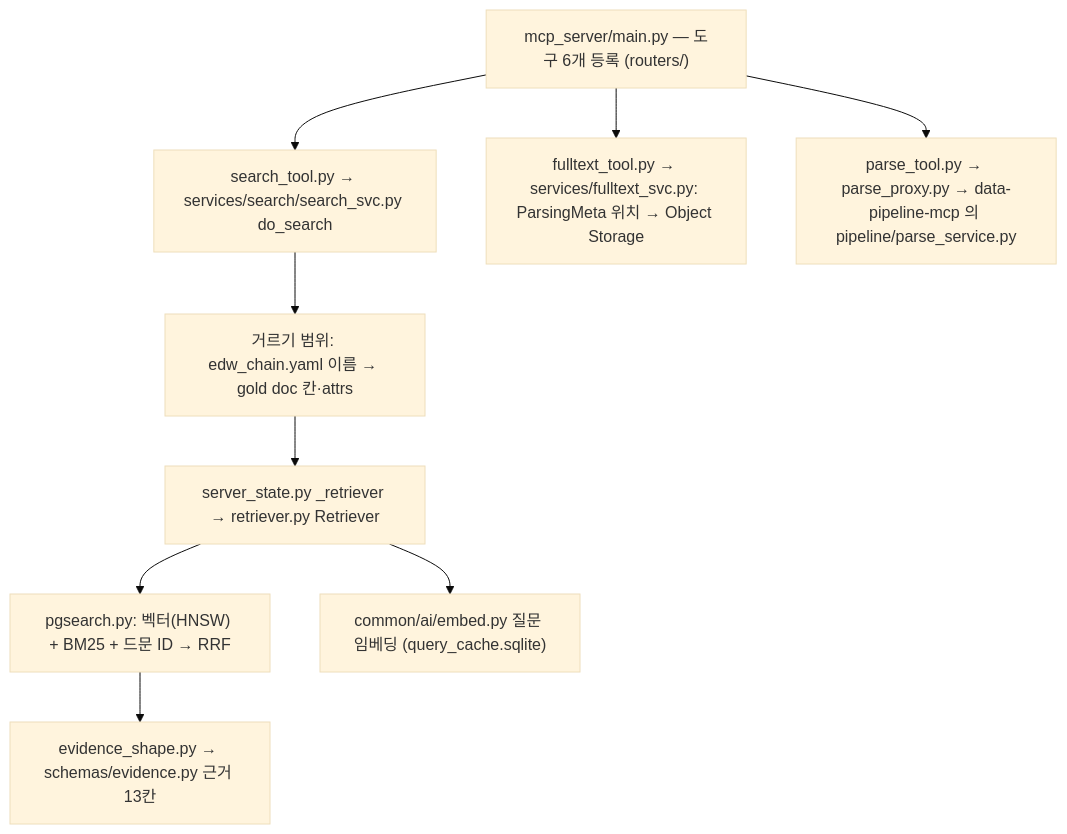
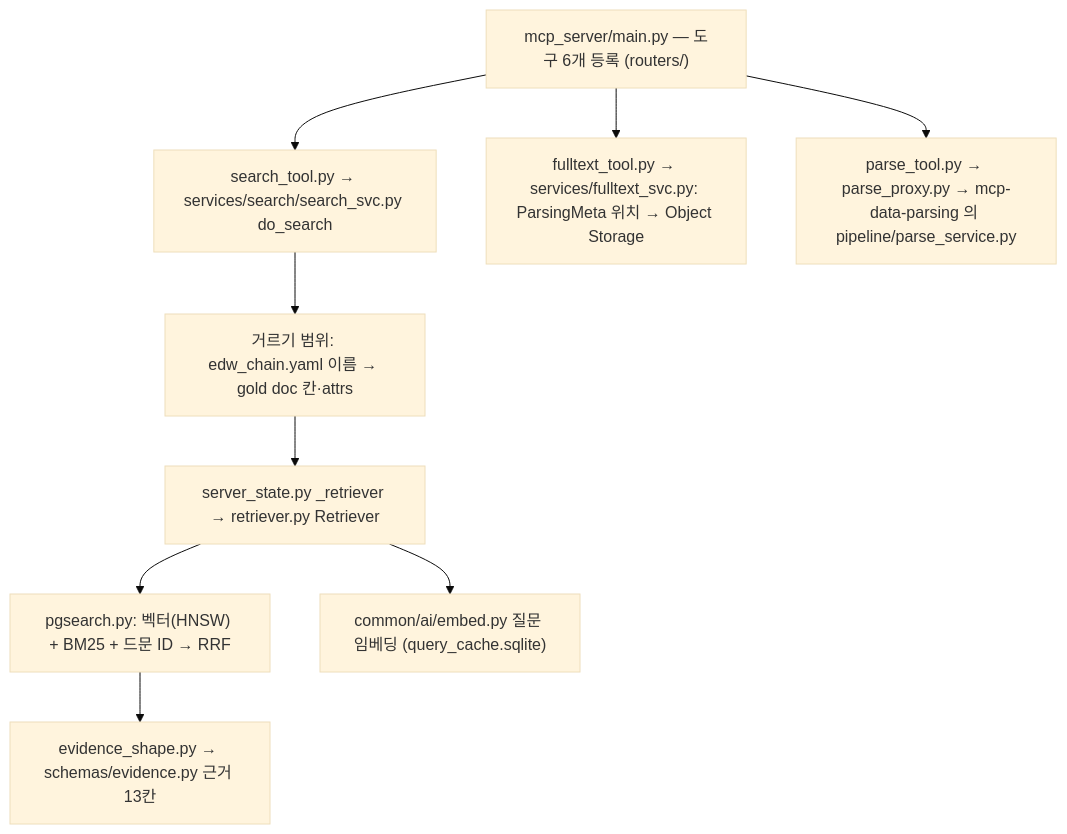
Before and after one commit to gigasamba/sbl_data_parsing: the tenth of 11 diagrams in docs/architecture/parse_flow.md, drawn with Mermaid (base theme). The commit also changed other lines of this file and 38 other files, not shown here.

First line of the commit message:
rn-07: rename data-pipeline-mcp -> mcp-data-parsing, parse_mcp -> data_parsing

````diff
--- a/docs/architecture/parse_flow.md
+++ b/docs/architecture/parse_flow.md
@@ -384,16 +384,16 @@
 ```mermaid
 flowchart TD
     M["mcp_server/main.py — 도구 6개 등록 (routers/)"]
     S["search_tool.py → services/search/search_svc.py do_search"]
     H["거르기 범위: edw_chain.yaml 이름 → gold doc 칸·attrs"]
     R["server_state.py _retriever → retriever.py Retriever"]
     P["pgsearch.py: 벡터(HNSW) + BM25 + 드문 ID → RRF"]
     Q["common/ai/embed.py 질문 임베딩 (query_cache.sqlite)"]
     O["evidence_shape.py → schemas/evidence.py 근거 13칸"]
     FT["fulltext_tool.py → services/fulltext_svc.py: ParsingMeta 위치 → Object Storage"]
-    PD["parse_tool.py → parse_proxy.py → data-pipeline-mcp 의 pipeline/parse_service.py"]
+    PD["parse_tool.py → parse_proxy.py → mcp-data-parsing 의 pipeline/parse_service.py"]
     M --> S --> H --> R --> P --> O
     R --> Q
     M --> FT
     M --> PD
 ```
````
